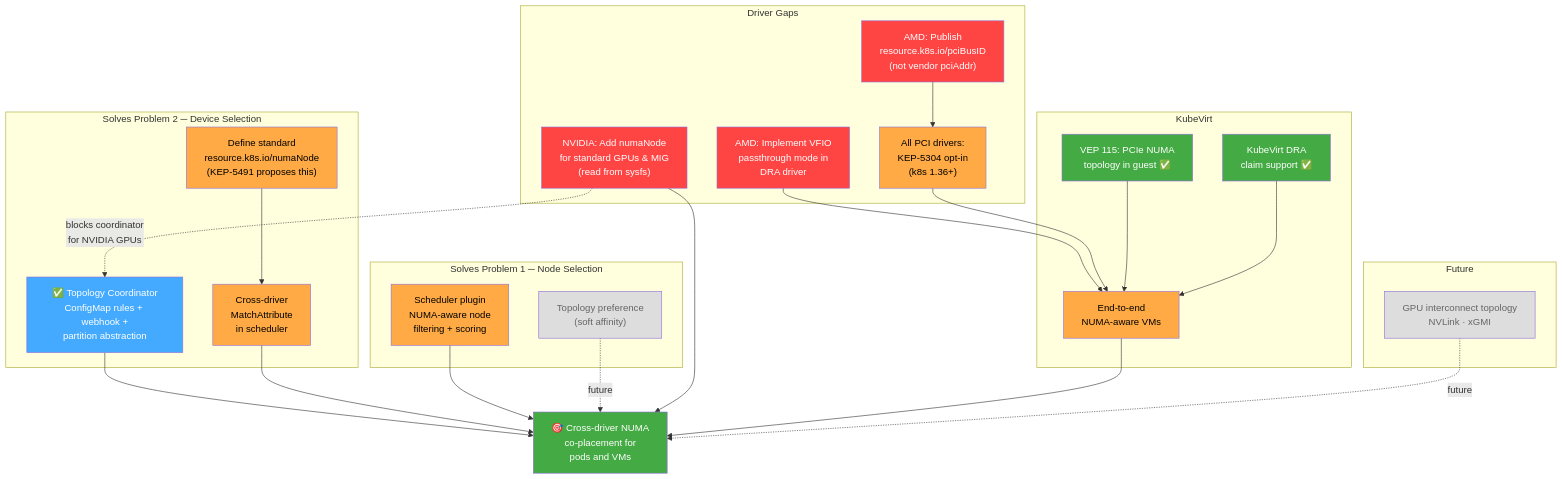
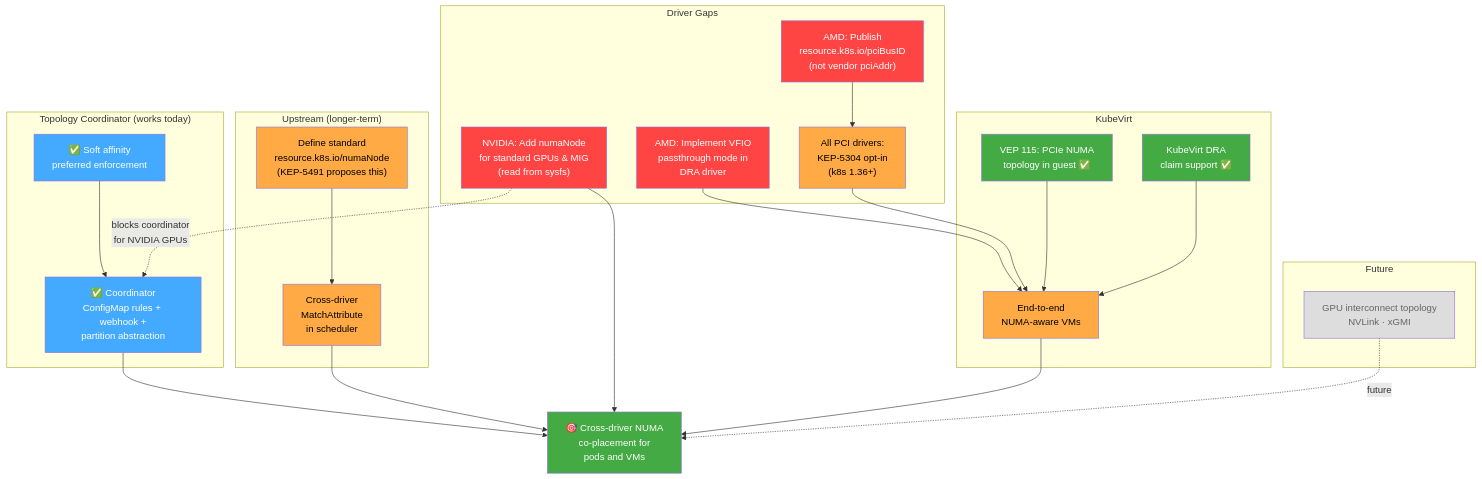
Before and after one commit to johnahull/dra-topology-aware-co-placement: the third of 3 diagrams in README.md, drawn with Mermaid. The commit also changed other lines of this file, not shown here.

First line of the commit message:
Update proposal with Fabien's feedback and NUMA Resources Operator context

````diff
--- a/README.md
+++ b/README.md
@@ -256,66 +239,62 @@
 ```mermaid
 graph TD
     GOAL["🎯 Cross-driver NUMA<br/>co-placement for<br/>pods and VMs"]
 
-    subgraph "Solves Problem 2 ─ Device Selection"
-        POC_DONE["✅ Topology Coordinator<br/>ConfigMap rules + webhook +<br/>partition abstraction"]
-        CROSS_MATCH["Cross-driver<br/>MatchAttribute<br/>in scheduler"]
-        STD_NUMA["Define standard<br/>resource.k8s.io/numaNode<br/>(KEP-5491 proposes this)"]
+    subgraph "Topology Coordinator (works today)"
+        POC_DONE["✅ Coordinator<br/>ConfigMap rules + webhook +<br/>partition abstraction"]
+        SOFT_DONE["✅ Soft affinity<br/>preferred enforcement"]
     end
 
-    subgraph "Solves Problem 1 ─ Node Selection"
-        SCHED_PLUGIN["Scheduler plugin<br/>NUMA-aware node<br/>filtering + scoring"]
-        SOFT["Topology preference<br/>(soft affinity)"]
+    subgraph "Upstream (longer-term)"
+        STD_NUMA["Define standard<br/>resource.k8s.io/numaNode<br/>(KEP-5491 proposes this)"]
+        CROSS_MATCH["Cross-driver<br/>MatchAttribute<br/>in scheduler"]
     end
 
     subgraph "Driver Gaps"
         NVIDIA_NUMA["NVIDIA: Add numaNode<br/>for standard GPUs & MIG<br/>(read from sysfs)"]
         AMD_VFIO["AMD: Implement VFIO<br/>passthrough mode in<br/>DRA driver"]
         AMD_PCIBUSID["AMD: Publish<br/>resource.k8s.io/pciBusID<br/>(not vendor pciAddr)"]
         KEP5304["All PCI drivers:<br/>KEP-5304 opt-in<br/>(k8s 1.36+)"]
     end
 
     subgraph "KubeVirt"
         VEP115["VEP 115: PCIe NUMA<br/>topology in guest ✅"]
         KV_DRA["KubeVirt DRA<br/>claim support ✅"]
         KV_FULL["End-to-end<br/>NUMA-aware VMs"]
     end
 
     POC_DONE --> GOAL
+    SOFT_DONE --> POC_DONE
     STD_NUMA --> CROSS_MATCH
     CROSS_MATCH --> GOAL
-
-    SCHED_PLUGIN --> GOAL
-    SOFT -.->|"future"| GOAL
 
     NVIDIA_NUMA --> GOAL
     NVIDIA_NUMA -.->|"blocks coordinator<br/>for NVIDIA GPUs"| POC_DONE
     AMD_PCIBUSID --> KEP5304
     AMD_VFIO --> KV_FULL
     KEP5304 --> KV_FULL
 
     VEP115 --> KV_FULL
     KV_DRA --> KV_FULL
     KV_FULL --> GOAL
 
     subgraph "Future"
         GPU_TOPO["GPU interconnect topology<br/>NVLink · xGMI"]
     end
 
     GPU_TOPO -.->|"future"| GOAL
 
     style GOAL fill:#4a4,color:#fff
     style POC_DONE fill:#4af,color:#fff
+    style SOFT_DONE fill:#4af,color:#fff
     style VEP115 fill:#4a4,color:#fff
     style KV_DRA fill:#4a4,color:#fff
-    style SCHED_PLUGIN fill:#fa4,color:#000
     style NVIDIA_NUMA fill:#f44,color:#fff
     style AMD_VFIO fill:#f44,color:#fff
     style AMD_PCIBUSID fill:#f44,color:#fff
     style KEP5304 fill:#fa4,color:#000
     style STD_NUMA fill:#fa4,color:#000
     style CROSS_MATCH fill:#fa4,color:#000
-    style SOFT fill:#ddd,color:#666
     style KV_FULL fill:#fa4,color:#000
     style GPU_TOPO fill:#ddd,color:#666
 ```
````
